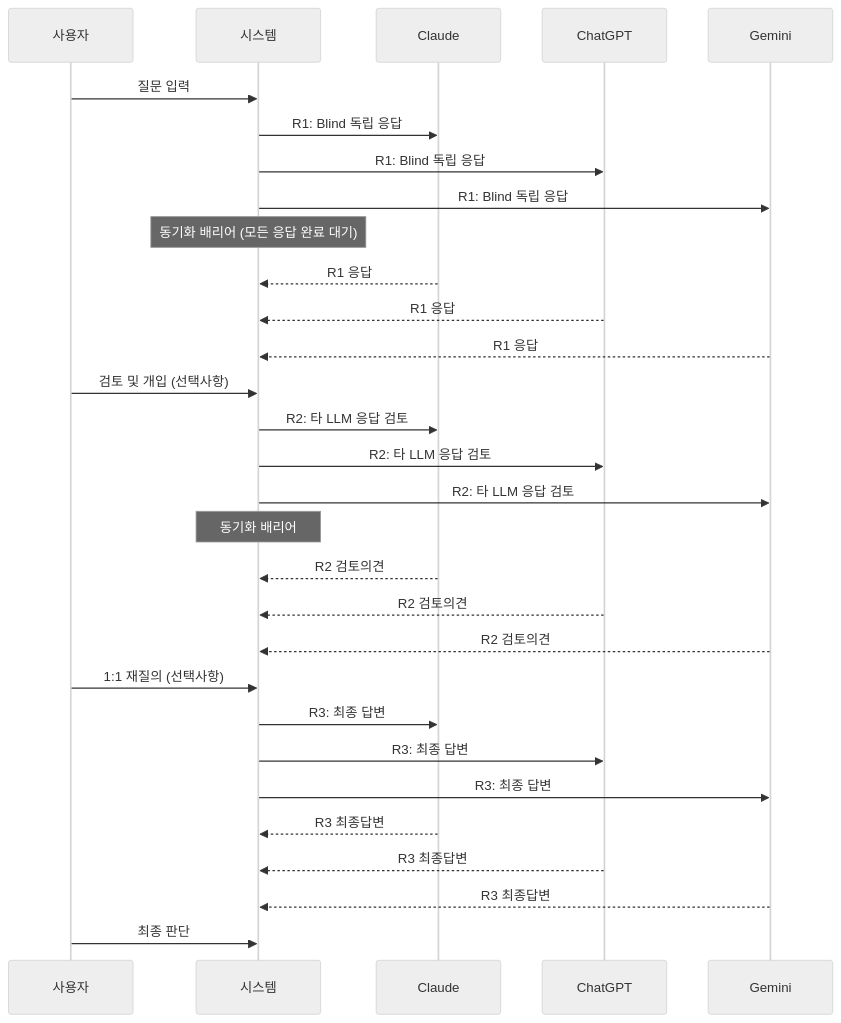
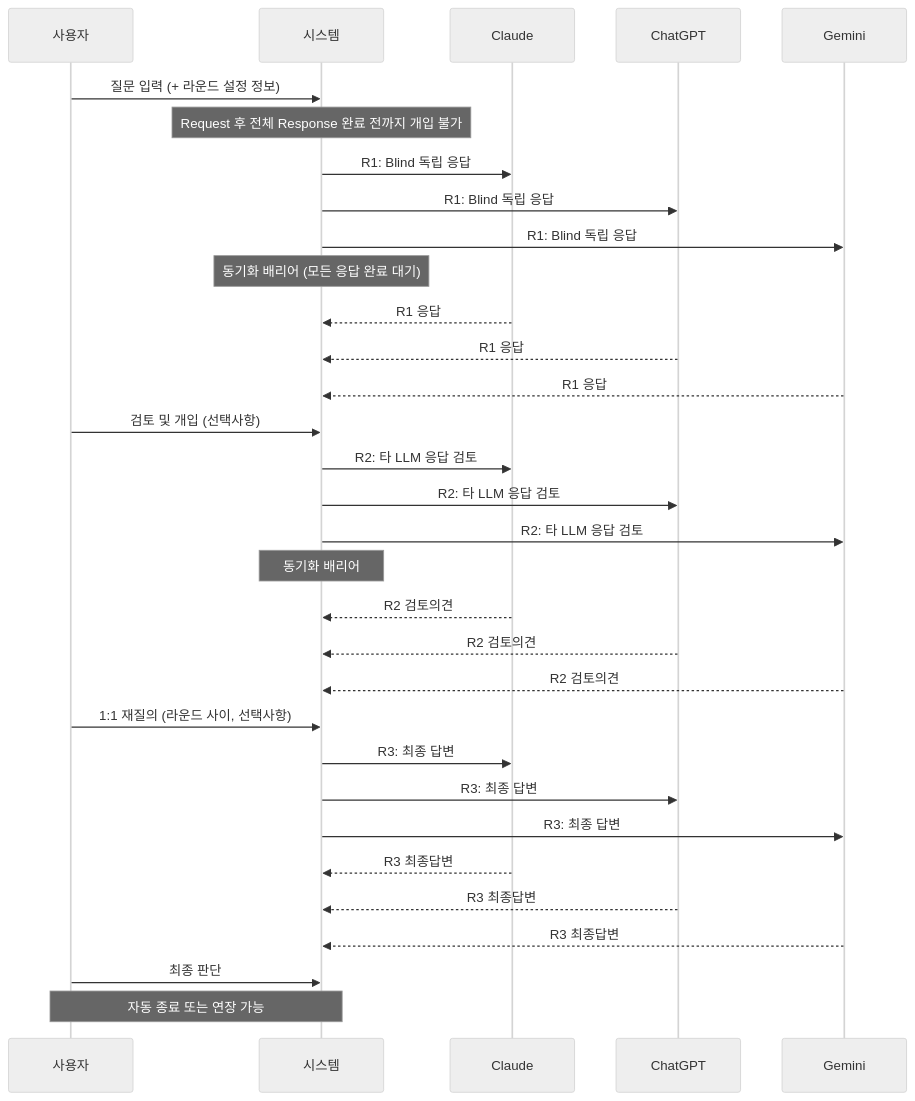
One commit to shimhaekwon/multiaichatting changed the second of 2 diagrams in readme.md. Above: the diagram before and after it, drawn with Mermaid (neutral theme). The commit also changed other lines of this file and 34 other files, not shown here.

````diff
--- a/readme.md
+++ b/readme.md
@@ -55,38 +55,40 @@
 ```mermaid
 sequenceDiagram
     participant U as 사용자
     participant S as 시스템
     participant C as Claude
     participant G as ChatGPT
     participant GM as Gemini
 
-    U->>S: 질문 입력
+    U->>S: 질문 입력 (+ 라운드 설정 정보)
+    Note over S: Request 후 전체 Response 완료 전까지 개입 불가
     S->>C: R1: Blind 독립 응답
     S->>G: R1: Blind 독립 응답
     S->>GM: R1: Blind 독립 응답
     Note over S: 동기화 배리어 (모든 응답 완료 대기)
     C-->>S: R1 응답
     G-->>S: R1 응답
     GM-->>S: R1 응답
     
     U->>S: 검토 및 개입 (선택사항)
     
     S->>C: R2: 타 LLM 응답 검토
     S->>G: R2: 타 LLM 응답 검토
     S->>GM: R2: 타 LLM 응답 검토
     Note over S: 동기화 배리어
     C-->>S: R2 검토의견
     G-->>S: R2 검토의견
     GM-->>S: R2 검토의견
     
-    U->>S: 1:1 재질의 (선택사항)
+    U->>S: 1:1 재질의 (라운드 사이, 선택사항)
     
     S->>C: R3: 최종 답변
     S->>G: R3: 최종 답변
     S->>GM: R3: 최종 답변
     C-->>S: R3 최종답변
     G-->>S: R3 최종답변
     GM-->>S: R3 최종답변
     
     U->>S: 최종 판단
+    Note over U,S: 자동 종료 또는 연장 가능
 ```
````
